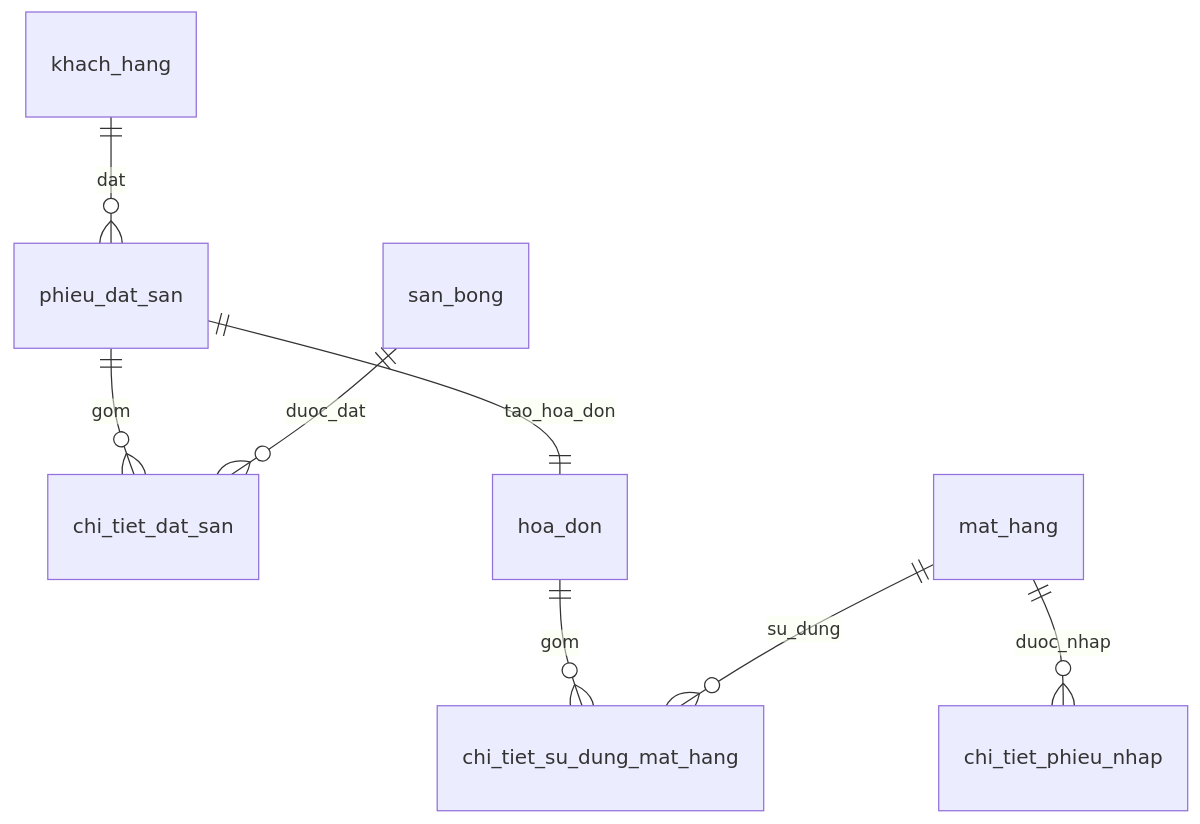
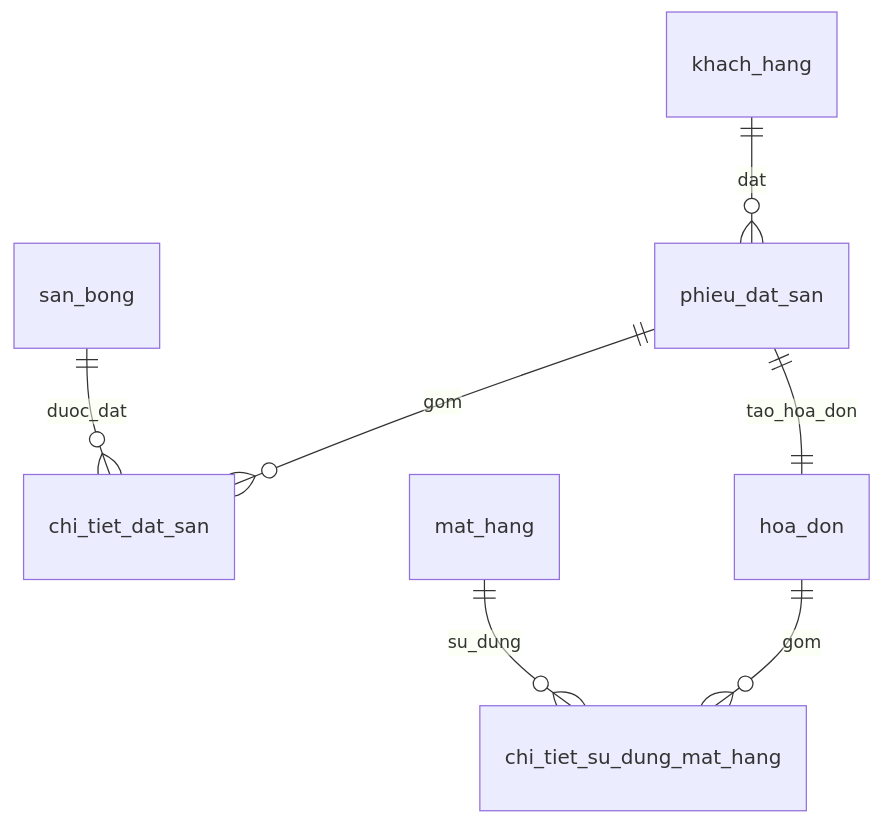
Before and after one commit to hinorashi/qlsb: the third of 10 diagrams in BAOCAO.md, drawn with Mermaid.

Commit message:
update erd

````diff
--- a/BAOCAO.md
+++ b/BAOCAO.md
@@ -146,10 +146,9 @@
 ```mermaid
 erDiagram
     khach_hang ||--o{ phieu_dat_san : dat
     phieu_dat_san ||--o{ chi_tiet_dat_san : gom
     san_bong ||--o{ chi_tiet_dat_san : duoc_dat
     phieu_dat_san ||--|| hoa_don : tao_hoa_don
     hoa_don ||--o{ chi_tiet_su_dung_mat_hang : gom
     mat_hang ||--o{ chi_tiet_su_dung_mat_hang : su_dung
-    mat_hang ||--o{ chi_tiet_phieu_nhap : duoc_nhap
 ```
````
